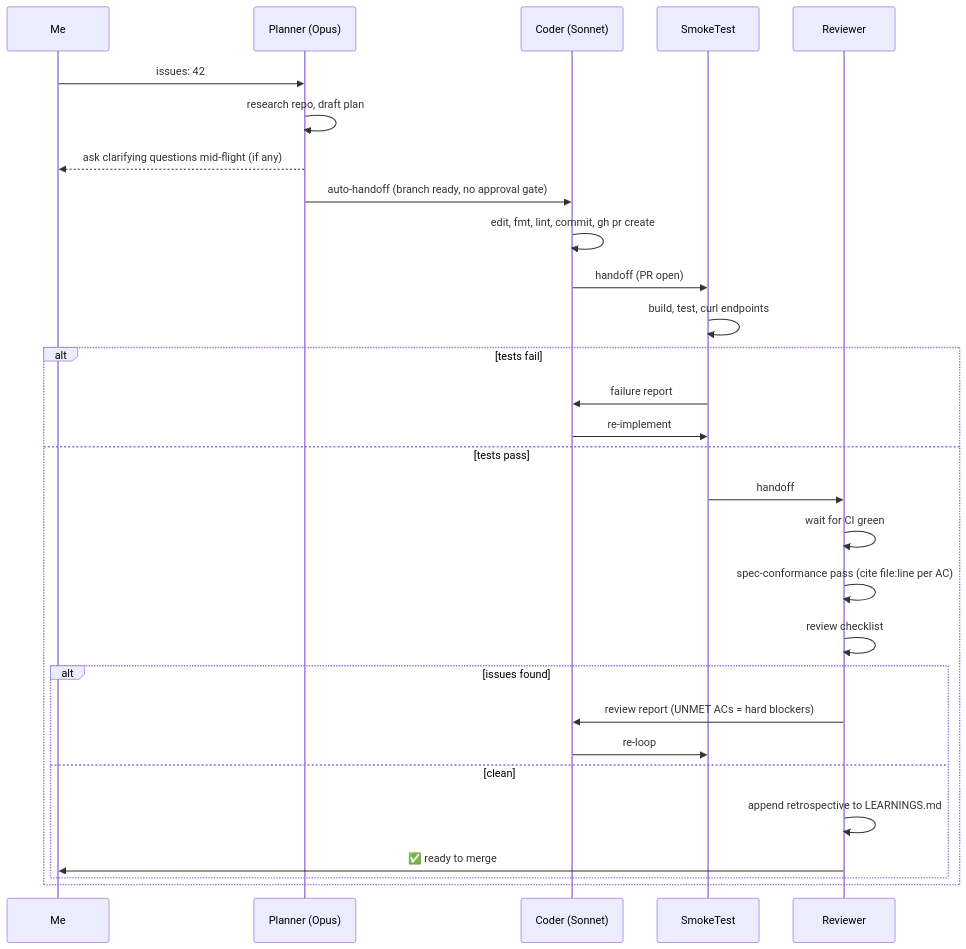
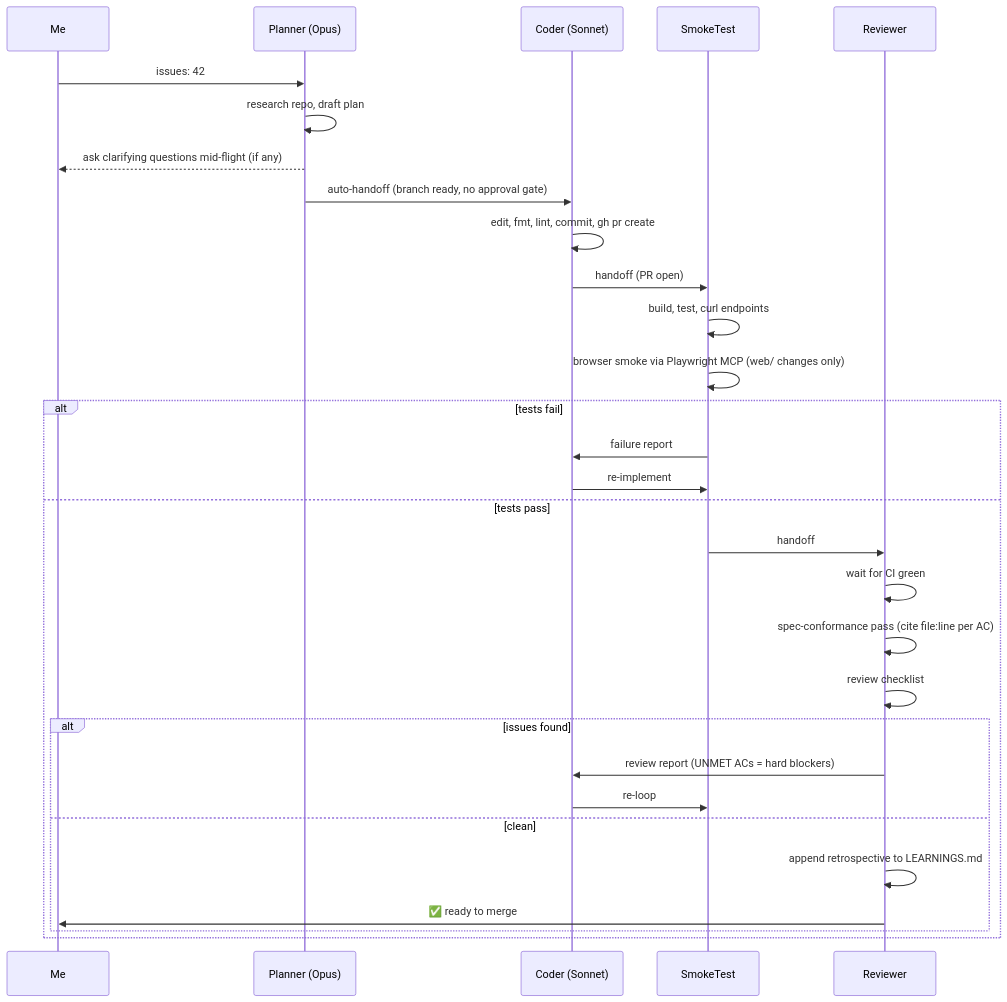
Before and after one commit to crzptn/bastion: the second of 2 diagrams in README.md, drawn with Mermaid. The commit also changed other lines of this file and 3 other files, not shown here.

````diff
--- a/README.md
+++ b/README.md
@@ -82,32 +82,33 @@
 ```mermaid
 sequenceDiagram
     participant Me
     participant P as Planner (Opus)
     participant C as Coder (Sonnet)
     participant S as SmokeTest
     participant R as Reviewer
 
     Me->>P: issues: 42
     P->>P: research repo, draft plan
     P-->>Me: ask clarifying questions mid-flight (if any)
     P->>C: auto-handoff (branch ready, no approval gate)
     C->>C: edit, fmt, lint, commit, gh pr create
     C->>S: handoff (PR open)
     S->>S: build, test, curl endpoints
+    S->>S: browser smoke via Playwright MCP (web/ changes only)
     alt tests fail
         S->>C: failure report
         C->>S: re-implement
     else tests pass
         S->>R: handoff
         R->>R: wait for CI green
         R->>R: spec-conformance pass (cite file:line per AC)
         R->>R: review checklist
         alt issues found
             R->>C: review report (UNMET ACs = hard blockers)
             C->>S: re-loop
         else clean
             R->>R: append retrospective to LEARNINGS.md
             R->>Me: ✅ ready to merge
         end
     end
 ```
````
